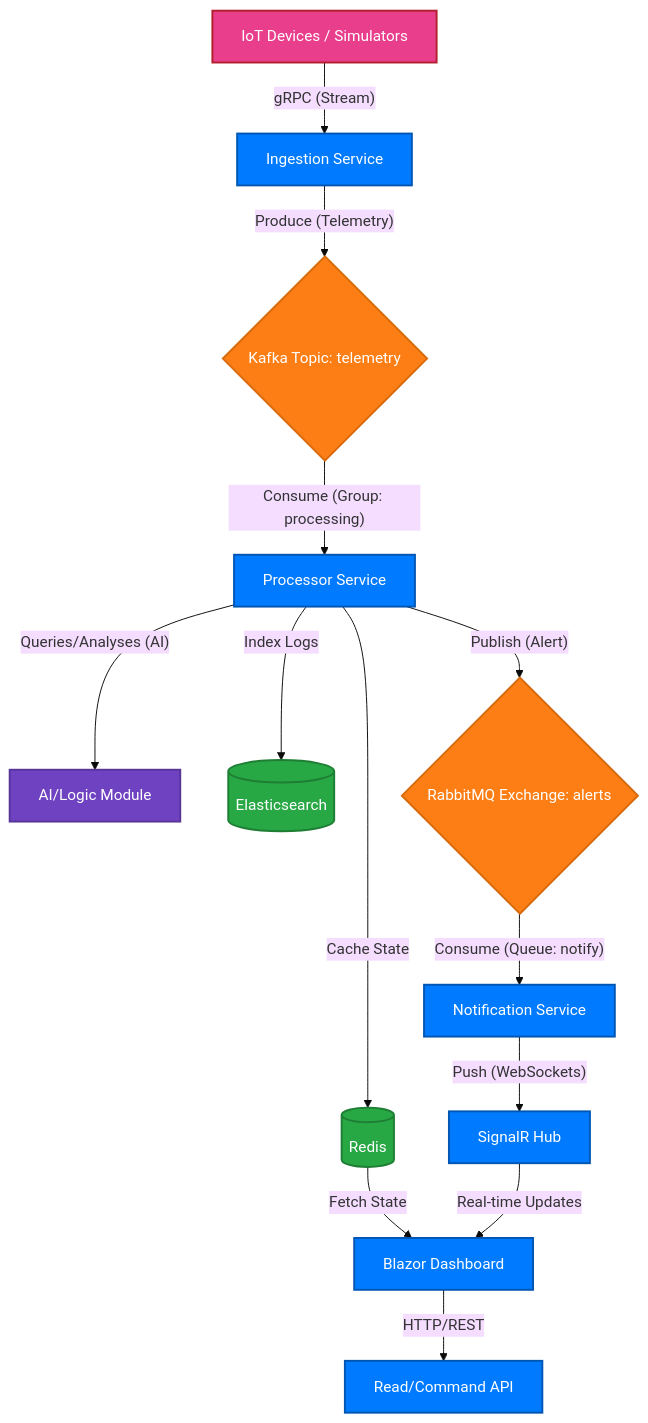
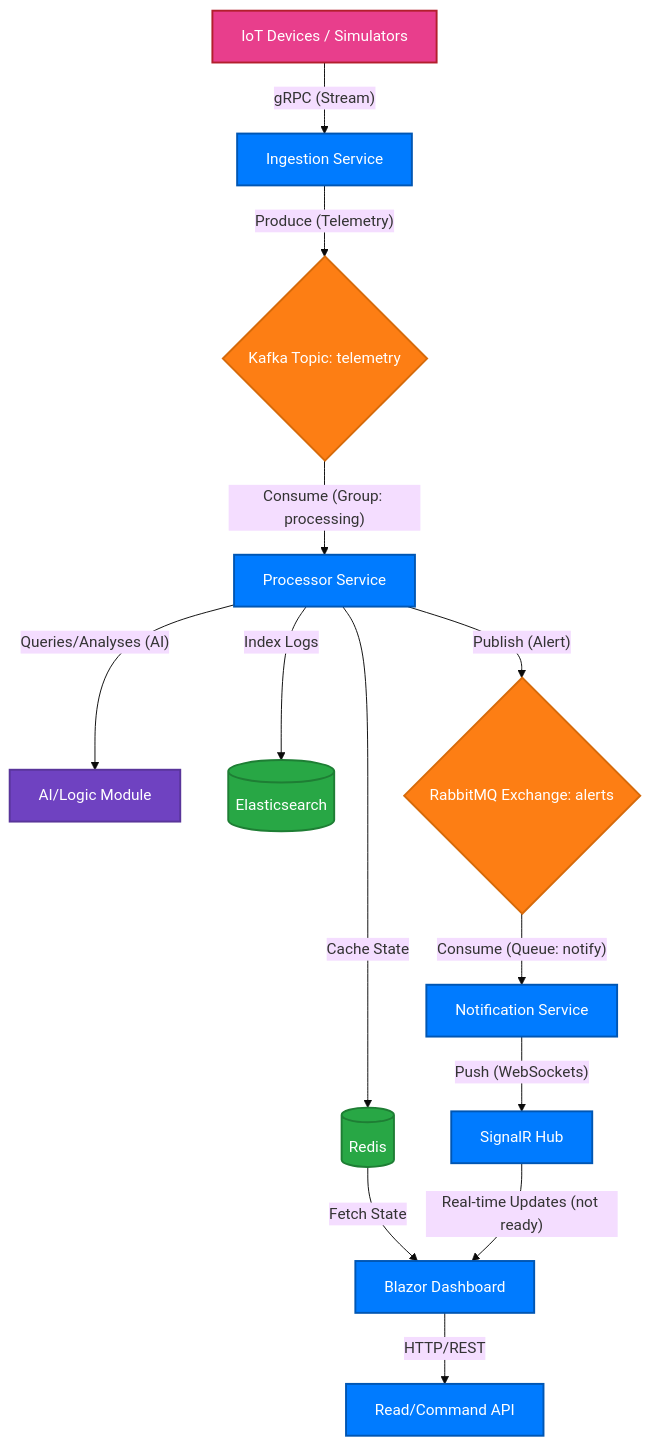
One commit to kahramanbayraktar/NexusSentinelNet8 changed the diagram in docs/architecture.md. Above: the diagram before and after it, drawn with Mermaid (base theme). The commit also changed 18 other files, not shown here.

````diff
--- a/docs/architecture.md
+++ b/docs/architecture.md
@@ -35,41 +35,41 @@
 ```mermaid
 graph TD
     %% Clients
     IOT[IoT Devices / Simulators] -- gRPC (Stream) --> INGEST[Ingestion Service]
     
     %% Ingestion Layer
     INGEST -- "Produce (Telemetry)" --> KAFKA{Kafka Topic: telemetry}
     
     %% Processing Layer
     KAFKA -- "Consume (Group: processing)" --> PROC[Processor Service]
     PROC -- "Queries/Analyses (AI)" --> AI_MOD[AI/Logic Module]
     
     %% Data Persistence & Caching
     PROC -- "Cache State" --> REDIS[(Redis)]
     PROC -- "Index Logs" --> ELASTIC[(Elasticsearch)]
     
     %% alerting Path (Critical)
     PROC -- "Publish (Alert)" --> RMQ{RabbitMQ Exchange: alerts}
     
     %% Notification Layer
     RMQ -- "Consume (Queue: notify)" --> NOTIFY[Notification Service]
     NOTIFY -- "Push (WebSockets)" --> SIGNALR[SignalR Hub]
     
     %% Frontend
     REDIS -- "Fetch State" --> DASH[Blazor Dashboard]
-    SIGNALR -- "Real-time Updates" --> DASH
+    SIGNALR -- "Real-time Updates (not ready)" --> DASH
     DASH -- "HTTP/REST" --> API[Read/Command API]
 
     %% Styles
     classDef service fill:#007bff,color:#fff,stroke:#0056b3,stroke-width:2px
     classDef broker fill:#fd7e14,color:#fff,stroke:#d66a0a,stroke-width:2px
     classDef db fill:#28a745,color:#fff,stroke:#1e7e34,stroke-width:2px
     classDef ai fill:#6f42c1,color:#fff,stroke:#59359a,stroke-width:2px
     classDef client fill:#e83e8c,color:#fff,stroke:#b21f2d,stroke-width:2px
 
     class INGEST,PROC,NOTIFY,SIGNALR,DASH,API service
     class KAFKA,RMQ broker
     class REDIS,ELASTIC db
     class AI_MOD ai
     class IOT client
 ```
````
